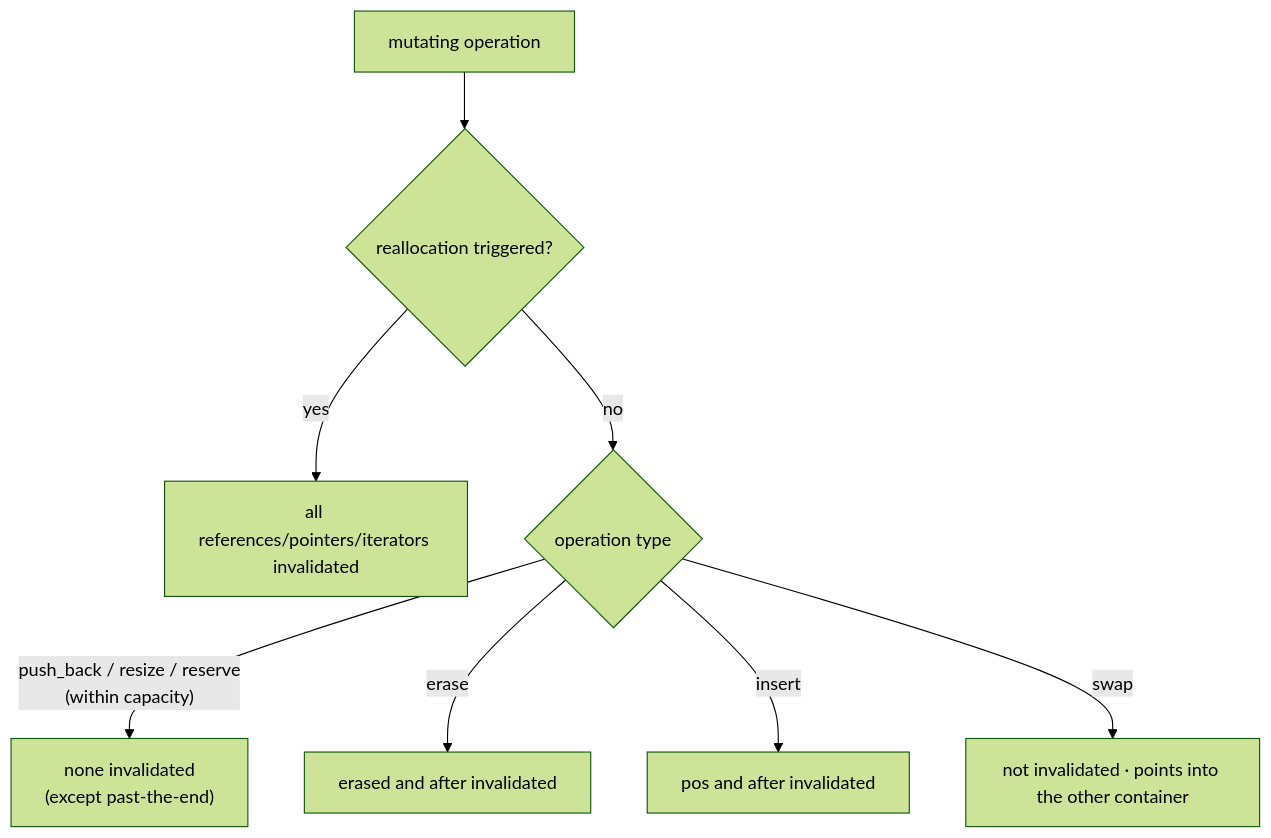
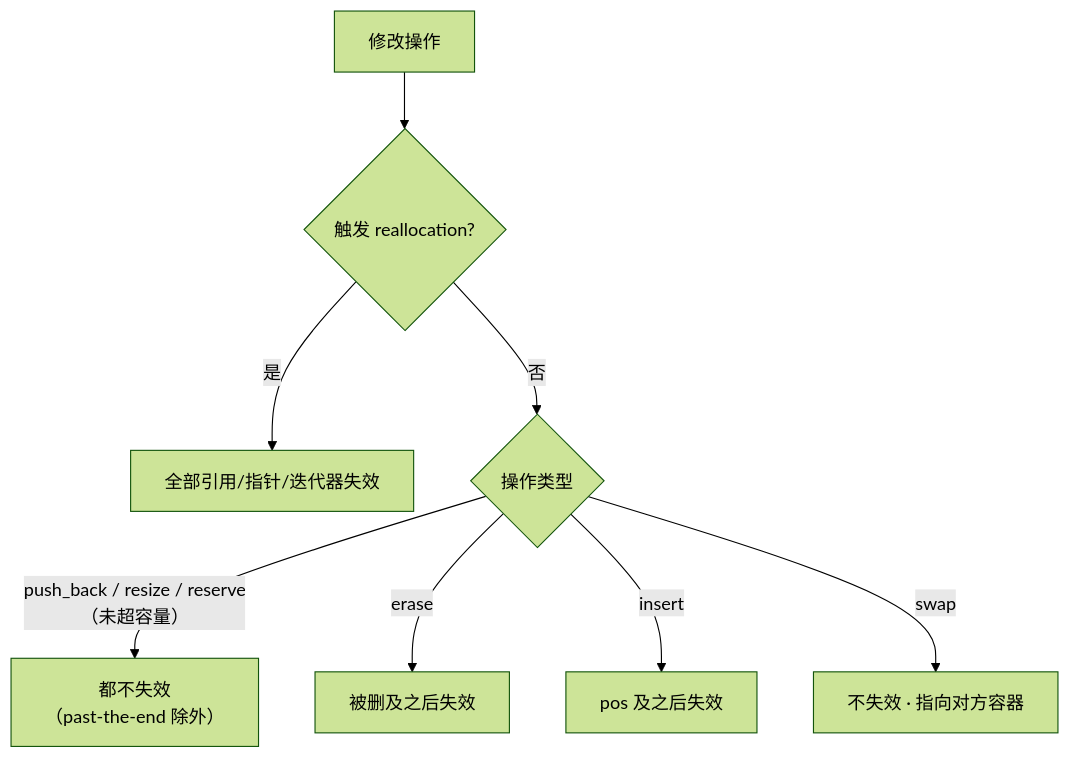
Before and after one commit to Awesome-Embedded-Learning-Studio/Tutorial_AwesomeModernCPP: the third of 3 diagrams in documents/en/vol3-standard-library/containers/03-vector-deep-dive.md, drawn with Mermaid (forest theme). The commit also changed other lines of this file and 749 other files, not shown here.

````diff
--- a/documents/en/vol3-standard-library/containers/03-vector-deep-dive.md
+++ b/documents/en/vol3-standard-library/containers/03-vector-deep-dive.md
@@ -104,10 +104,10 @@
 ```mermaid
 flowchart TD
-    OP["mutating operation"] --> T{"reallocation triggered?"}
-    T -- "yes" --> ALL["all references/pointers/iterators invalidated"]
-    T -- "no" --> K{"operation type"}
-    K -- "push_back / resize / reserve<br/>(within capacity)" --> NONE["none invalidated<br/>(except past-the-end)"]
-    K -- "erase" --> AFTER["erased and after invalidated"]
-    K -- "insert" --> POS["pos and after invalidated"]
-    K -- "swap" --> SWAP["not invalidated · points into the other container"]
+    OP["修改操作"] --> T{"触发 reallocation?"}
+    T -- "是" --> ALL["全部引用/指针/迭代器失效"]
+    T -- "否" --> K{"操作类型"}
+    K -- "push_back / resize / reserve<br/>（未超容量）" --> NONE["都不失效<br/>（past-the-end 除外）"]
+    K -- "erase" --> AFTER["被删及之后失效"]
+    K -- "insert" --> POS["pos 及之后失效"]
+    K -- "swap" --> SWAP["不失效 · 指向对方容器"]
 ```
````
